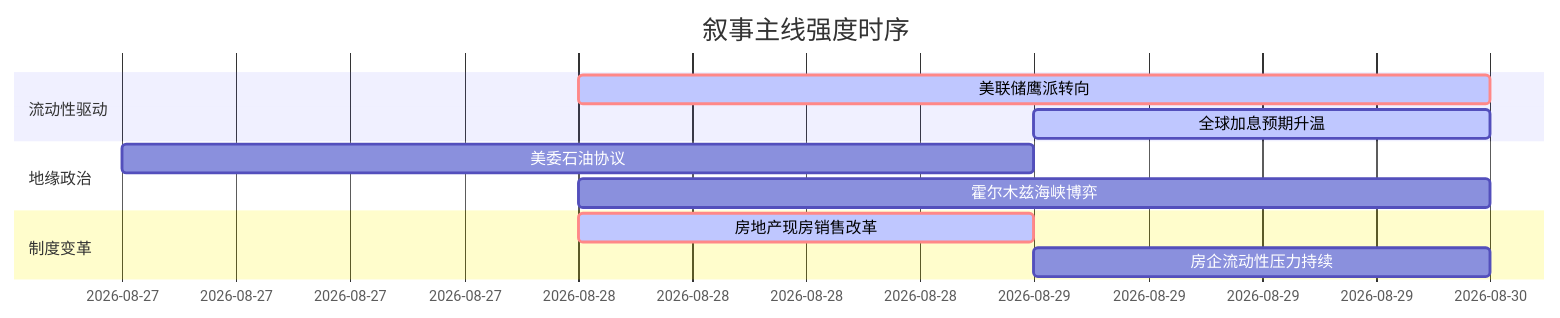
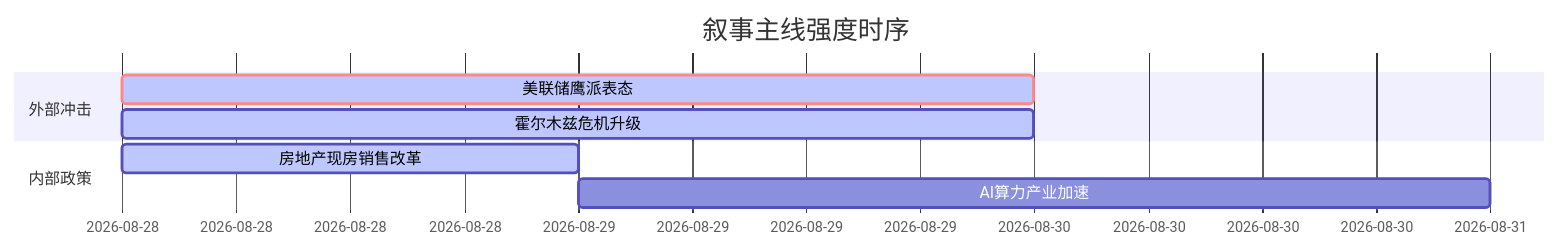
Before and after one commit to uu5zn/uu5zn.github.io: the diagram in 5day_report.md, drawn with Mermaid. The commit also changed other lines of this file and 20 other files, not shown here.

````diff
--- a/5day_report.md
+++ b/5day_report.md
@@ -58,16 +58,12 @@
 ```mermaid
 gantt
     title 叙事主线强度时序
-    dateFormat  YYYY-MM-DD
-    section 流动性驱动
-    美联储鹰派转向   :crit, active, 2026-08-28, 2d
-    全球加息预期升温   :active, 2026-08-29, 1d
+    dateFormat YYYY-MM-DD
+    section 外部冲击
+    美联储鹰派表态   :crit, active, 2026-08-28, 2d
+    霍尔木兹危机升级   :active, 2026-08-28, 2d
     
-    section 地缘政治
-    美委石油协议   :2026-08-27, 2d
-    霍尔木兹海峡博弈   :2026-08-28, 2d
-    
-    section 制度变革
-    房地产现房销售改革   :crit, active, 2026-08-28, 1d
-    房企流动性压力持续   :2026-08-29, 1d
+    section 内部政策
+    房地产现房销售改革   :active, 2026-08-28, 1d
+    AI算力产业加速   :2026-08-29, 2d
 ```
````
